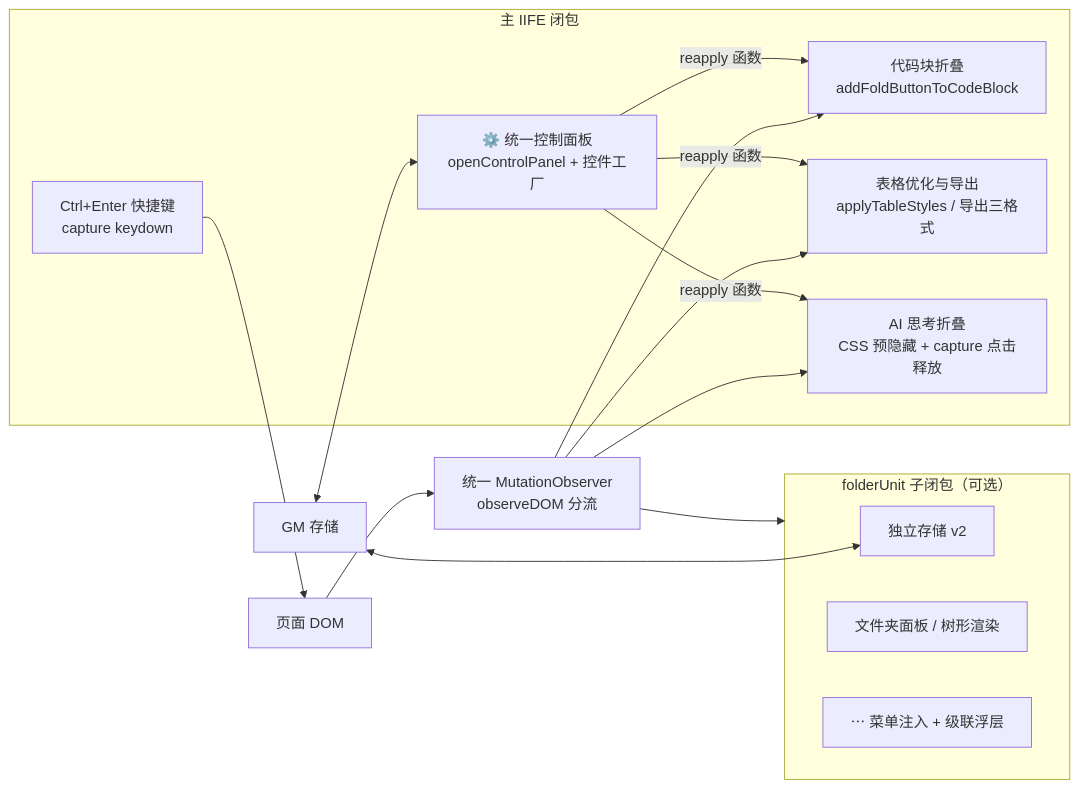
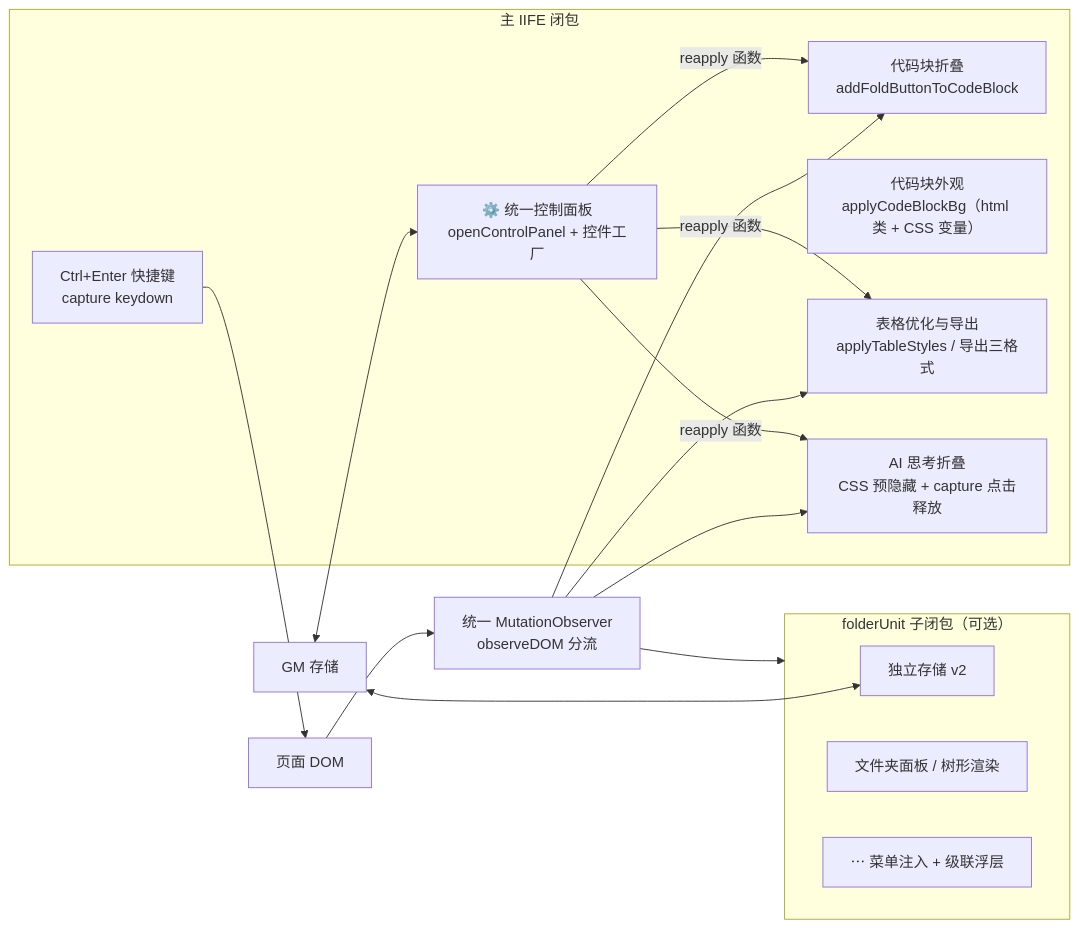
Before and after one commit to Chuc-Jie/deepseektool: the first of 2 diagrams in MAP.md, drawn with Mermaid. The commit also changed other lines of this file and 3 other files, not shown here.

````diff
--- a/MAP.md
+++ b/MAP.md
@@ -39,24 +41,25 @@
 ```mermaid
 flowchart LR
     subgraph Main["主 IIFE 闭包"]
         Panel["⚙️ 统一控制面板<br/>openControlPanel + 控件工厂"]
         Fold["代码块折叠<br/>addFoldButtonToCodeBlock"]
+        CodeBg["代码块外观<br/>applyCodeBlockBg（html 类 + CSS 变量）"]
         Table["表格优化与导出<br/>applyTableStyles / 导出三格式"]
         Think["AI 思考折叠<br/>CSS 预隐藏 + capture 点击释放"]
         Keys["Ctrl+Enter 快捷键<br/>capture keydown"]
     end
     subgraph Folder["folderUnit 子闭包（可选）"]
         FData["独立存储 v2"]
         FPanel["文件夹面板 / 树形渲染"]
         FMenu["⋯ 菜单注入 + 级联浮层"]
     end
     DOM["页面 DOM"] --> Observer["统一 MutationObserver<br/>observeDOM 分流"]
     Observer --> Fold
     Observer --> Table
     Observer --> Think
     Observer --> Folder
     GM["GM 存储"] <--> Panel
     GM <--> FData
     Panel -->|"reapply 函数"| Fold & Table & Think
     Keys --> DOM
 ```
````
